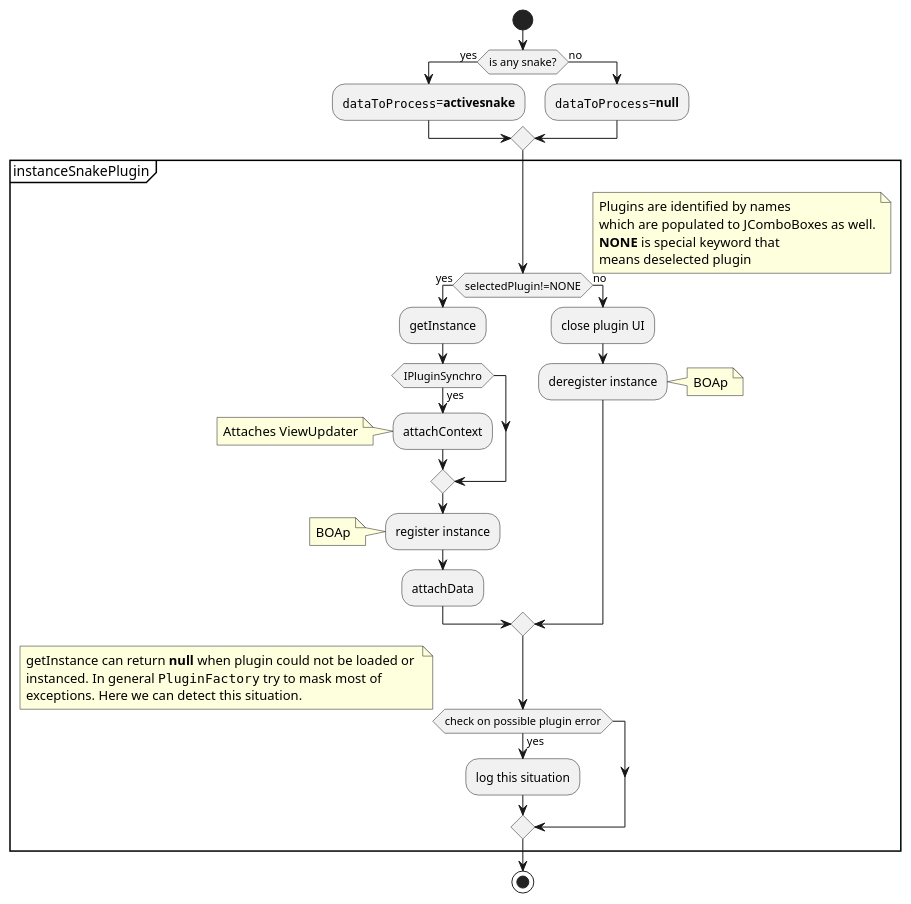
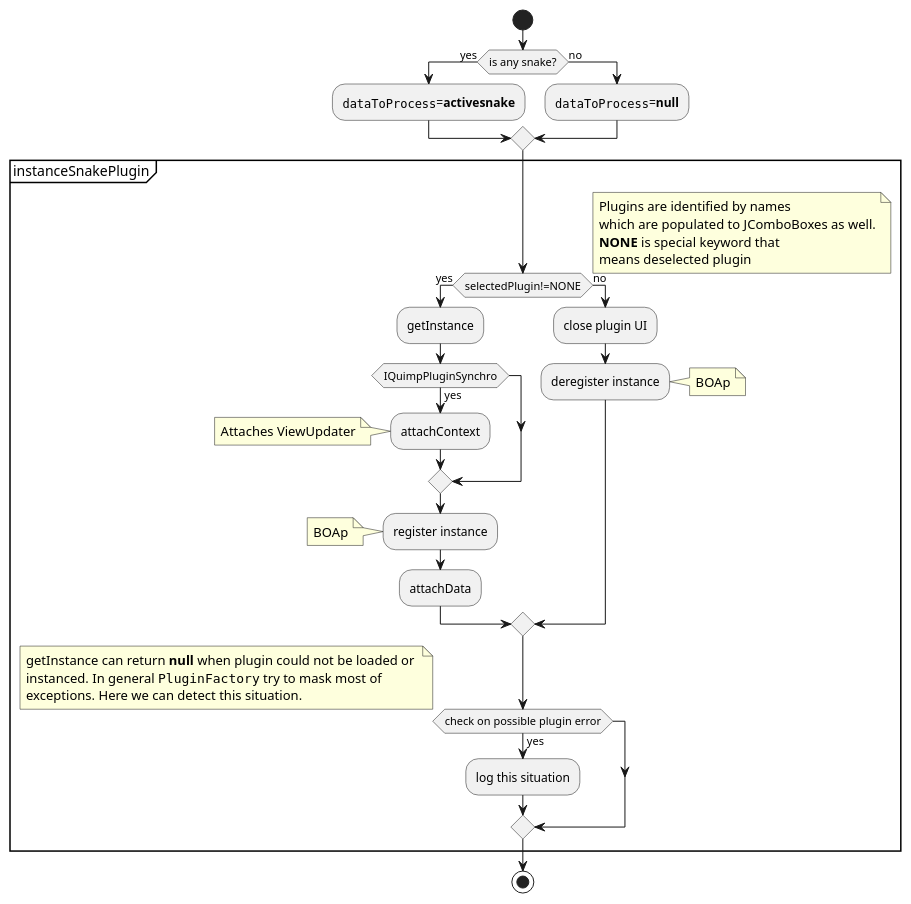
One commit to CellDynamics/QuimP changed the fourth of 7 diagrams in Doxygen_doc/SnakePlugin.md. Above: the diagram before and after it, drawn with PlantUML. The commit also changed other lines of this file and 6 other files, not shown here.

```diff
--- a/Doxygen_doc/SnakePlugin.md
+++ b/Doxygen_doc/SnakePlugin.md
@@ -242,39 +242,39 @@
 @startuml
 start
 if (is any snake?) then (yes)
     :""dataToProcess""=**activesnake**;
 else (no)
     :""dataToProcess""=**null**;
 endif
 partition instanceSnakePlugin {
 if (selectedPlugin!=NONE) then (yes)
 :getInstance;
-if (IPluginSynchro) then (yes)
+if (IQuimpPluginSynchro) then (yes)
 :attachContext;
 note left :Attaches ViewUpdater
 endif
 :register instance;
 note left: BOAp
 :attachData;
 else (no)
 note right
 Plugins are identified by names
 which are populated to JComboBoxes as well.
 **NONE** is special keyword that
 means deselected plugin
 end note
 :close plugin UI;
 :deregister instance;
 note right: BOAp
 endif
 if (check on possible plugin error) then (yes)
 :log this situation;
 endif
 note right
 getInstance can return **null** when plugin could not be loaded or 
 instanced. In general ""PluginFactory"" try to mask most of 
 exceptions. Here we can detect this situation.
 end note
 }
 stop
 @enduml
```
